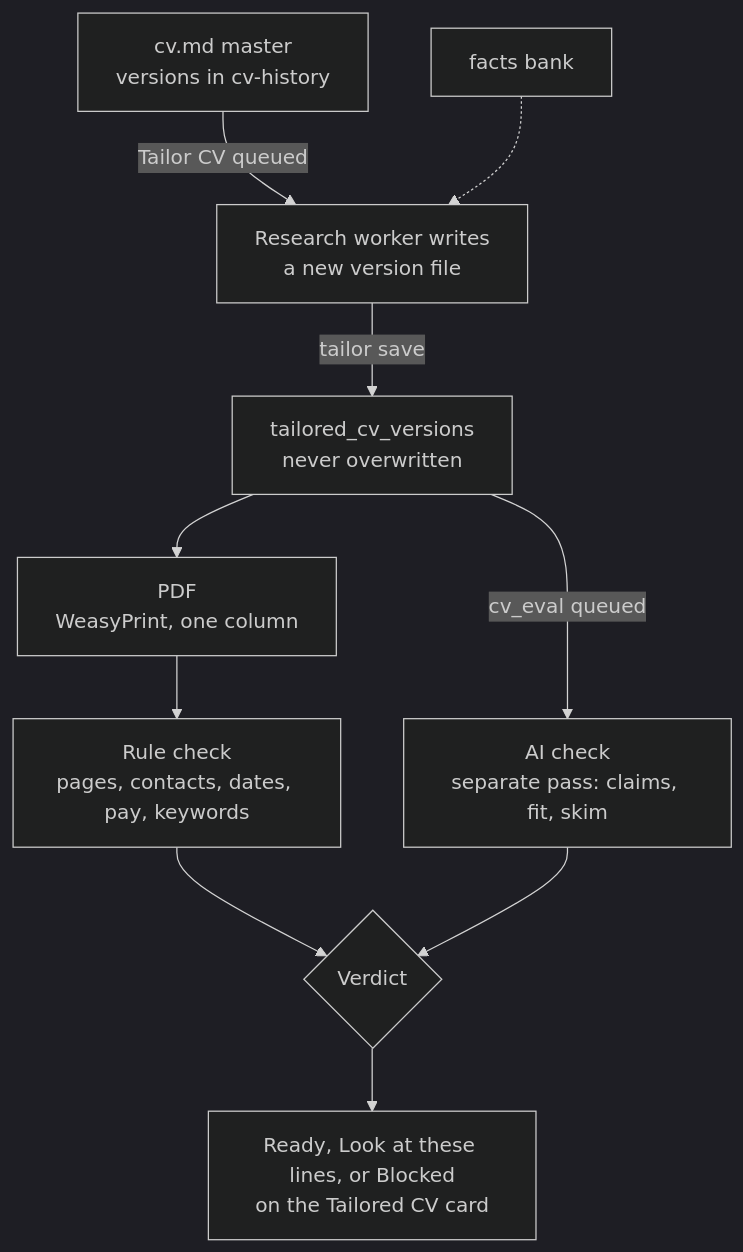
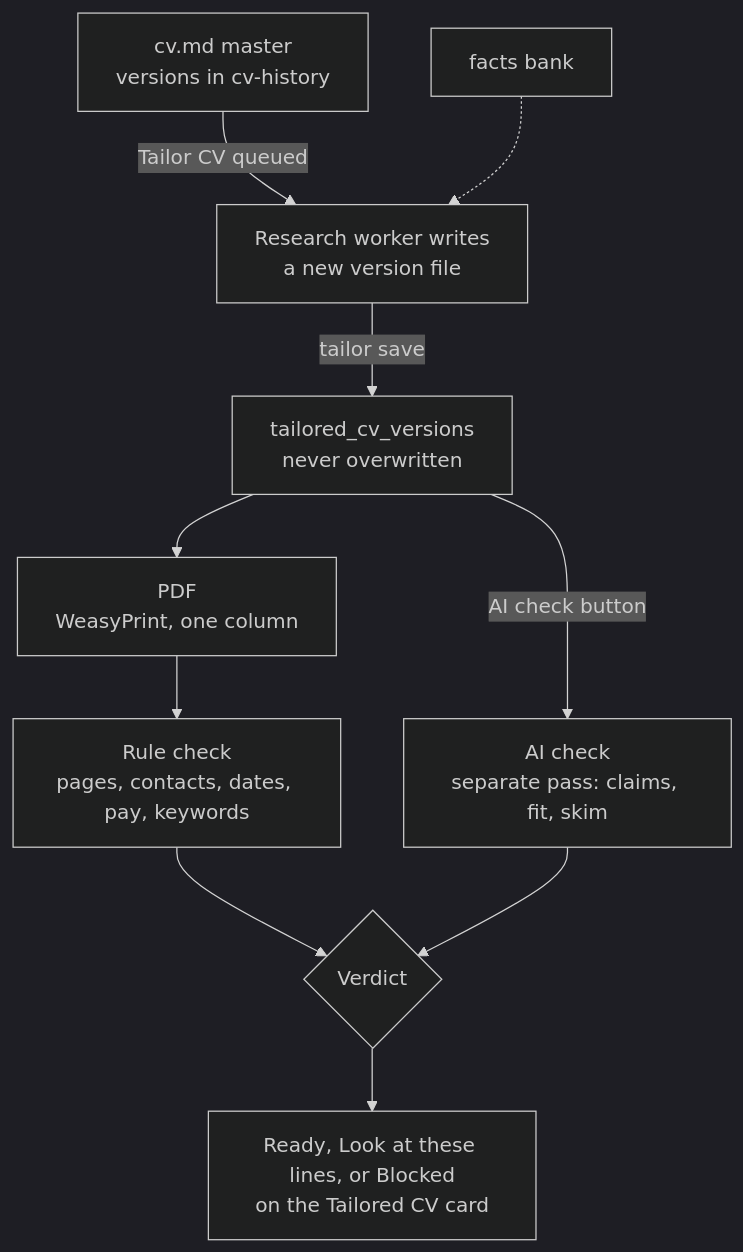
The seventh of 10 diagrams in docs/how-it-works.md (Pavlana/hirey), drawn with Mermaid (dark theme) before and after one commit. The commit also changed other lines of this file and 42 other files, not shown here.

````diff
--- a/docs/how-it-works.md
+++ b/docs/how-it-works.md
@@ -236,12 +236,12 @@
 ```mermaid
 flowchart TD
     master["cv.md master<br/>versions in cv-history"] -->|"Tailor CV queued"| tailor["Research worker writes<br/>a new version file"]
     facts["facts bank"] -.-> tailor
     tailor -->|"tailor save"| version["tailored_cv_versions<br/>never overwritten"]
     version --> pdf["PDF<br/>WeasyPrint, one column"]
     pdf --> rules["Rule check<br/>pages, contacts, dates, pay, keywords"]
-    version -->|"cv_eval queued"| ai["AI check<br/>separate pass: claims, fit, skim"]
+    version -->|"AI check button"| ai["AI check<br/>separate pass: claims, fit, skim"]
     rules --> verdict{"Verdict"}
     ai --> verdict
     verdict --> card["Ready, Look at these lines, or Blocked<br/>on the Tailored CV card"]
 ```
````
